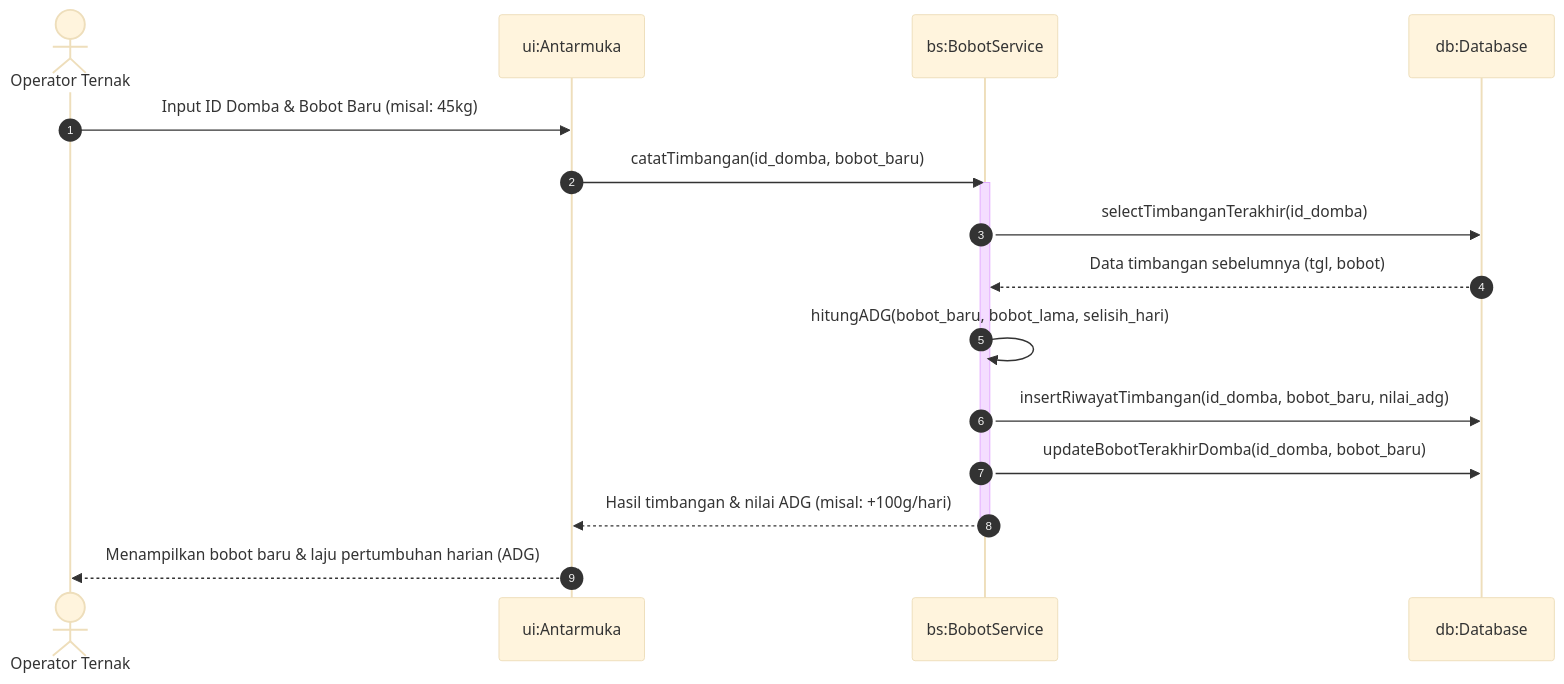
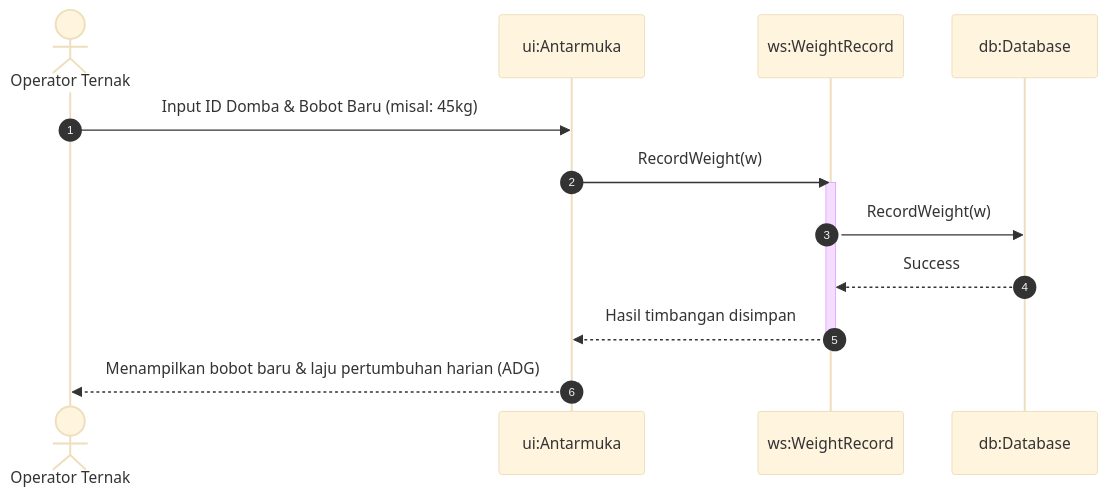
Before and after one commit to MuhammadHamidy/Farmease: the sixth of 11 diagrams in docs/livestock_module_sequence_diagrams.md, drawn with Mermaid (base theme). The commit also changed other lines of this file and 299 other files, not shown here.

````diff
--- a/docs/livestock_module_sequence_diagrams.md
+++ b/docs/livestock_module_sequence_diagrams.md
@@ -177,22 +168,17 @@
 ```mermaid
 sequenceDiagram
     autonumber
     actor Operator as Operator Ternak
     participant UI as ui:Antarmuka
-    participant BS as bs:BobotService
+    participant WS as ws:WeightRecord
     participant DB as db:Database
 
     Operator->>UI: Input ID Domba & Bobot Baru (misal: 45kg)
-    UI->>BS: catatTimbangan(id_domba, bobot_baru)
-    activate BS
-    BS->>DB: selectTimbanganTerakhir(id_domba)
-    DB-->>BS: Data timbangan sebelumnya (tgl, bobot)
-    
-    BS->>BS: hitungADG(bobot_baru, bobot_lama, selisih_hari)
-    
-    BS->>DB: insertRiwayatTimbangan(id_domba, bobot_baru, nilai_adg)
-    BS->>DB: updateBobotTerakhirDomba(id_domba, bobot_baru)
-    BS-->>UI: Hasil timbangan & nilai ADG (misal: +100g/hari)
-    deactivate BS
+    UI->>WS: RecordWeight(w)
+    activate WS
+    WS->>DB: RecordWeight(w)
+    DB-->>WS: Success
+    WS-->>UI: Hasil timbangan disimpan
+    deactivate WS
     UI-->>Operator: Menampilkan bobot baru & laju pertumbuhan harian (ADG)
 ```
````
